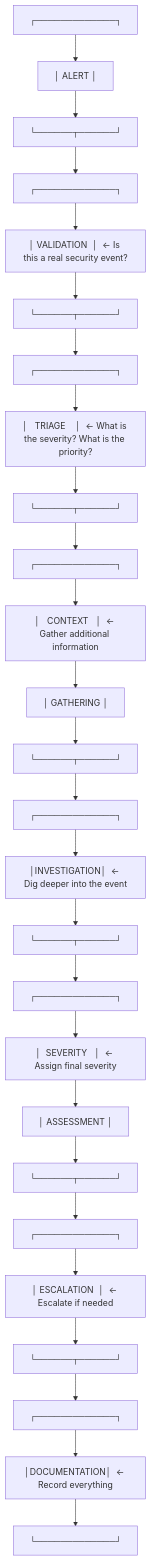
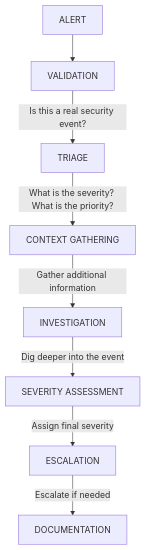
Before and after one commit to vishalkumar28/SOC-Training: the diagram in src/data/content/day1/soc-fundamentals-l1-analyst-workflow.md, drawn with Mermaid. The commit also changed 11 other files, not shown here.

````diff
--- a/src/data/content/day1/soc-fundamentals-l1-analyst-workflow.md
+++ b/src/data/content/day1/soc-fundamentals-l1-analyst-workflow.md
@@ -123,29 +123,10 @@
 ```mermaid
 graph TD
-    A["┌─────────────┐"]
-    A --> B["│   ALERT     │"]
-    B --> C["└──────┬──────┘"]
-    C --> D["┌─────────────┐"]
-    D --> E["│ VALIDATION  │  ← Is this a real security event?"]
-    E --> F["└──────┬──────┘"]
-    F --> G["┌─────────────┐"]
-    G --> H["│   TRIAGE    │  ← What is the severity? What is the priority?"]
-    H --> I["└──────┬──────┘"]
-    I --> J["┌─────────────┐"]
-    J --> K["│   CONTEXT   │  ← Gather additional information"]
-    K --> L["│  GATHERING  │"]
-    L --> M["└──────┬──────┘"]
-    M --> N["┌─────────────┐"]
-    N --> O["│INVESTIGATION│  ← Dig deeper into the event"]
-    O --> P["└──────┬──────┘"]
-    P --> Q["┌─────────────┐"]
-    Q --> R["│  SEVERITY   │  ← Assign final severity"]
-    R --> S["│ ASSESSMENT  │"]
-    S --> T["└──────┬──────┘"]
-    T --> U["┌─────────────┐"]
-    U --> V["│ ESCALATION  │  ← Escalate if needed"]
-    V --> W["└──────┬──────┘"]
-    W --> X["┌─────────────┐"]
-    X --> Y["│DOCUMENTATION│  ← Record everything"]
-    Y --> Z["└─────────────┘"]
+    Alert[ALERT] --> Validation[VALIDATION]
+    Validation -->|Is this a real security event?| Triage[TRIAGE]
+    Triage -->|What is the severity? What is the priority?| Context[CONTEXT GATHERING]
+    Context -->|Gather additional information| Investigation[INVESTIGATION]
+    Investigation -->|Dig deeper into the event| Severity[SEVERITY ASSESSMENT]
+    Severity -->|Assign final severity| Escalation[ESCALATION]
+    Escalation -->|Escalate if needed| Documentation[DOCUMENTATION]
 ```
````
